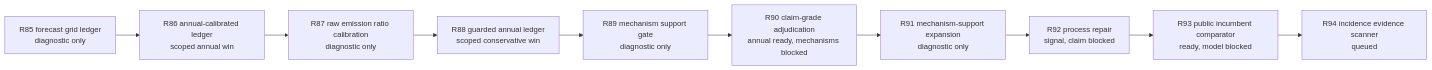
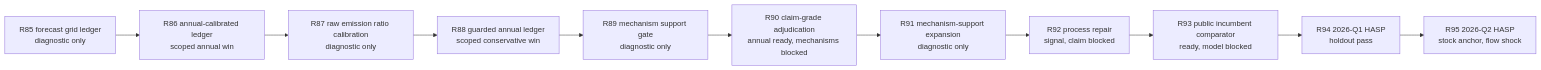
Before and after one commit to gauravshajepal-hash/ModelHIV-PH: the fifth of 5 diagrams in README.md, drawn with Mermaid. The commit also changed other lines of this file and 5 other files, not shown here.

````diff
--- a/README.md
+++ b/README.md
@@ -385,12 +411,13 @@
 ```mermaid
 flowchart LR
     R85["R85 forecast grid ledger<br/>diagnostic only"] --> R86["R86 annual-calibrated ledger<br/>scoped annual win"]
     R86 --> R87["R87 raw emission ratio calibration<br/>diagnostic only"]
     R87 --> R88["R88 guarded annual ledger<br/>scoped conservative win"]
     R88 --> R89["R89 mechanism support gate<br/>diagnostic only"]
     R89 --> R90["R90 claim-grade adjudication<br/>annual ready, mechanisms blocked"]
     R90 --> R91["R91 mechanism-support expansion<br/>diagnostic only"]
     R91 --> R92["R92 process repair<br/>signal, claim blocked"]
     R92 --> R93["R93 public incumbent comparator<br/>ready, model blocked"]
-    R93 --> R94["R94 incidence evidence scanner<br/>queued"]
+    R93 --> R94["R94 2026-Q1 HASP<br/>holdout pass"]
+    R94 --> R95["R95 2026-Q2 HASP<br/>stock anchor, flow shock"]
 ```
````
